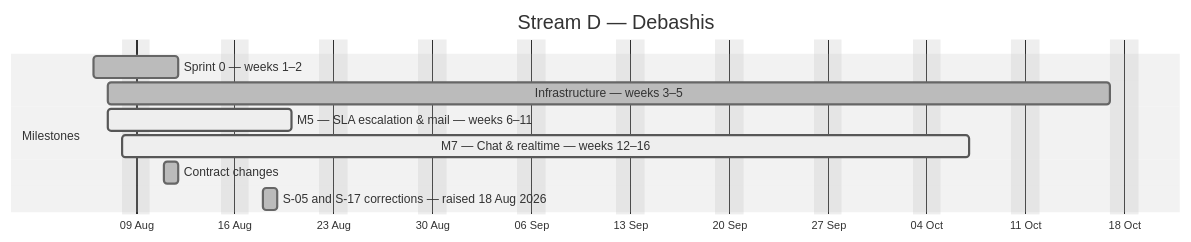
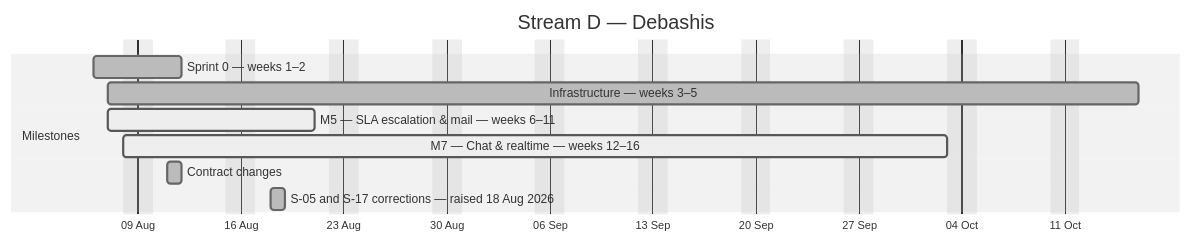
One commit to debashisedunext/EduTrack changed the fourth of 4 diagrams in docs/plan/GANTT.md. Above: the diagram before and after it, drawn with Mermaid (neutral theme). The commit also changed other lines of this file and 3 other files, not shown here.

````diff
--- a/docs/plan/GANTT.md
+++ b/docs/plan/GANTT.md
@@ -149,14 +149,14 @@
 ```mermaid
 gantt
     dateFormat YYYY-MM-DD
     axisFormat %d %b
     title Stream D — Debashis
     excludes weekends
     section Milestones
     Sprint 0 — weeks 1–2 :done, d0, 2026-08-06, 4d
-    Infrastructure — weeks 3–5 :done, d1, 2026-08-07, 51d
-    M5 — SLA  escalation & mail — weeks 6–11 :active, d2, 2026-08-07, 9d
-    M7 — Chat & realtime — weeks 12–16 :active, d3, 2026-08-08, 43d
+    Infrastructure — weeks 3–5 :done, d1, 2026-08-07, 50d
+    M5 — SLA  escalation & mail — weeks 6–11 :active, d2, 2026-08-07, 10d
+    M7 — Chat & realtime — weeks 12–16 :active, d3, 2026-08-08, 41d
     Contract changes :done, d4, 2026-08-11, 1d
     S-05 and S-17 corrections — raised 18 Aug 2026 :done, d5, 2026-08-18, 1d
 ```
````
